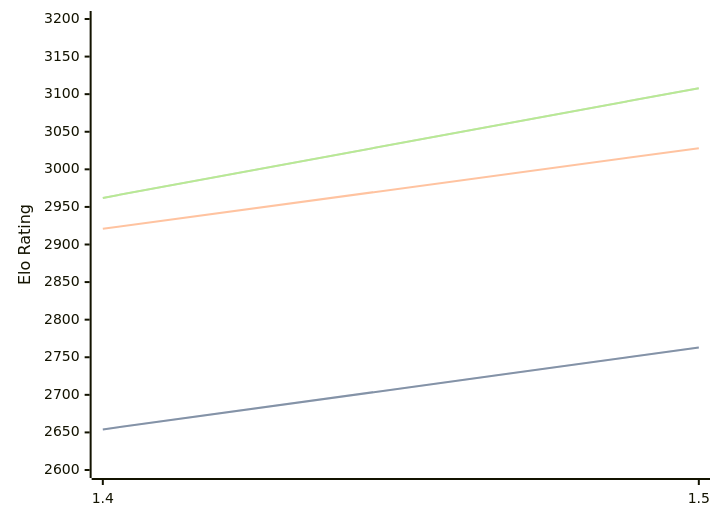
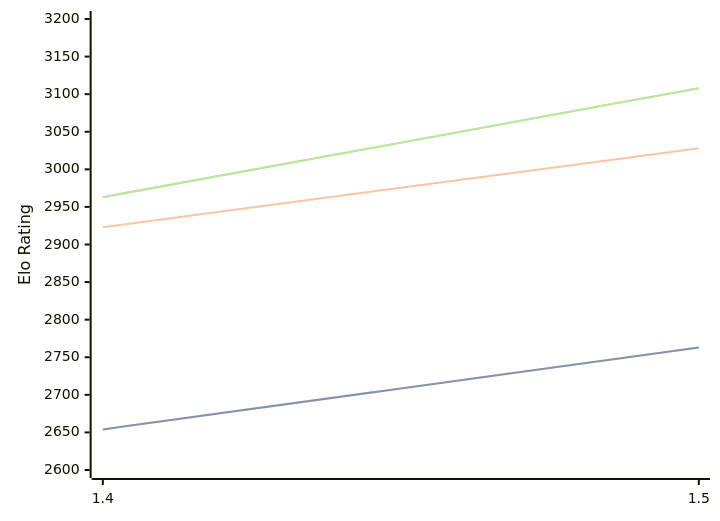
The diagram in engines/Yakka.md (computer-chess-index/cci), drawn with Mermaid before and after one commit. The commit also changed other lines of this file, not shown here.

Commit message:
Update CCI Ratings (ELO VLTC) - 2026-09-16

````diff
--- a/engines/Yakka.md
+++ b/engines/Yakka.md
@@ -32,11 +32,11 @@
 ```mermaid
 %%{init: {"theme":"base","themeVariables":{"seriesColors:['#a3a3a3','#222221','#faa371']}}}%%
 xychart-beta
   x-axis ["1.4", "1.5"]
   y-axis "Elo Rating" 2600 --> 3200
   line "" [2654, 2763]
   line "STC (8.0+0.08s)" [2654, 2763]
-  line "LTC (60.0+0.60s)" [2921, 3028]
-  line "" [2962, 3108]
-  line "VLTC (2m24s+1.12s)" [2962, 3108]
+  line "LTC (60.0+0.60s)" [2923, 3028]
+  line "" [2963, 3108]
+  line "VLTC (2m24s+1.12s)" [2963, 3108]
 ```
````
